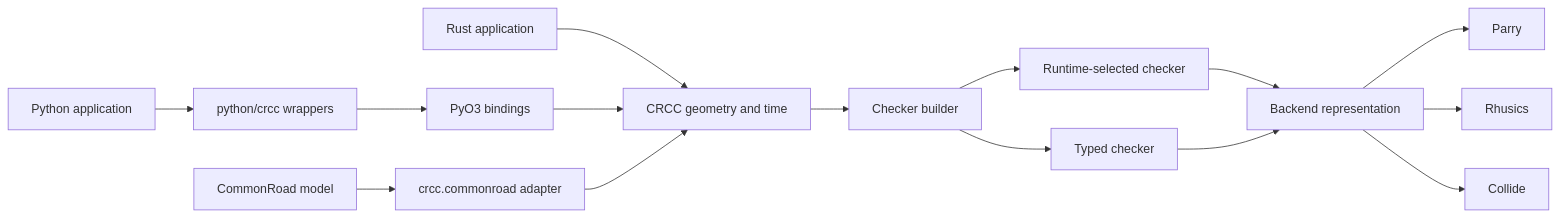
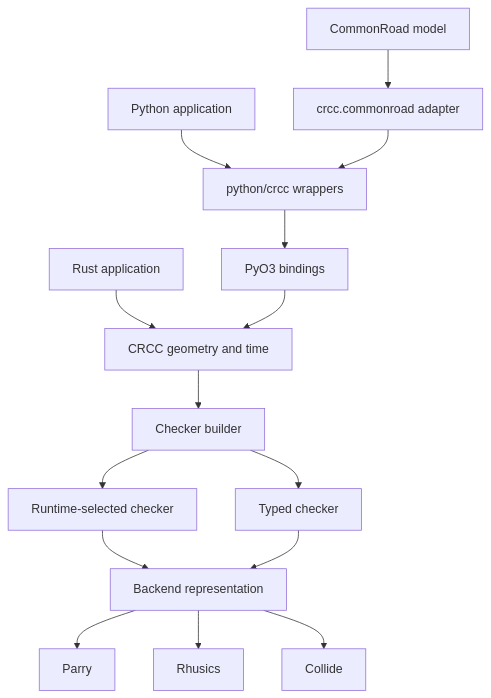
One commit to burakssen/crcc changed the diagram in docs/architecture/overview.md. Above: the diagram before and after it, drawn with Mermaid. The commit also changed other lines of this file and 63 other files, not shown here.

````diff
--- a/docs/architecture/overview.md
+++ b/docs/architecture/overview.md
@@ -5,17 +5,17 @@
 ```mermaid
-flowchart LR
+flowchart TD
     Rust[Rust application] --> Domain[CRCC geometry and time]
     Python[Python application] --> Wrapper[python/crcc wrappers]
     Wrapper --> PyO3[PyO3 bindings]
     PyO3 --> Domain
     CommonRoad[CommonRoad model] --> Adapter[crcc.commonroad adapter]
-    Adapter --> Domain
+    Adapter --> Wrapper
     Domain --> Builder[Checker builder]
     Builder --> Selected[Runtime-selected checker]
     Builder --> Typed[Typed checker]
     Selected --> Engine[Backend representation]
     Typed --> Engine
     Engine --> Parry[Parry]
     Engine --> Rhusics[Rhusics]
     Engine --> Collide[Collide]
 ```
````
